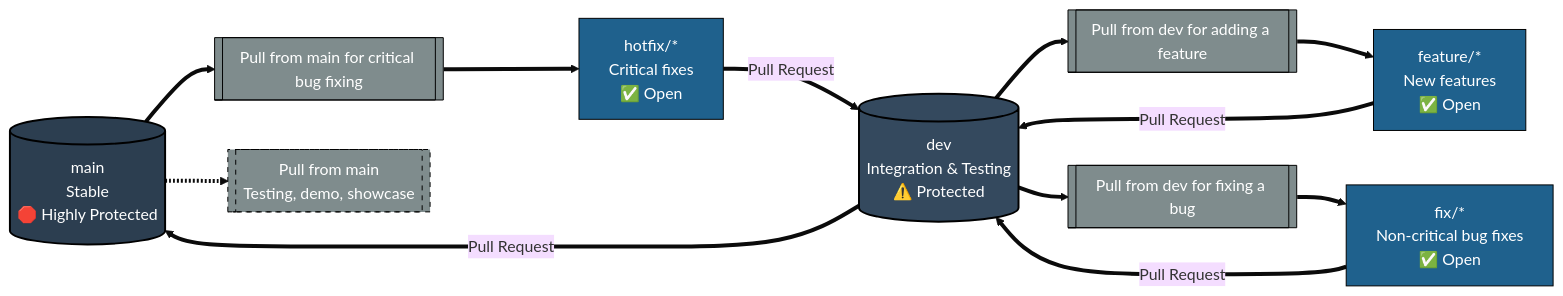
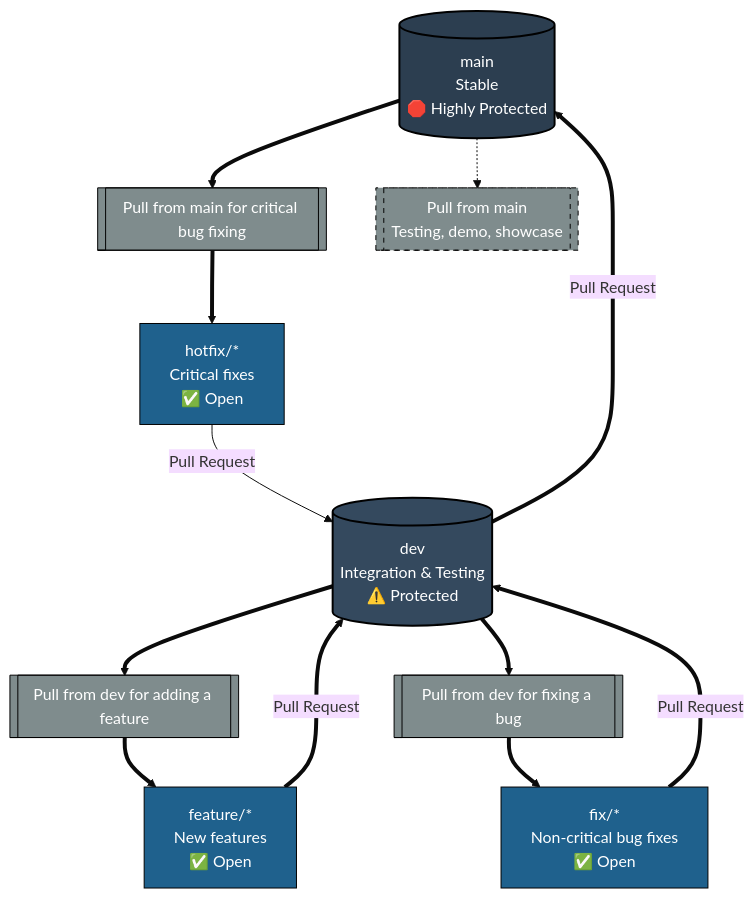
The diagram in CONTRIBUTING.md (oubes/ExamAI), drawn with Mermaid (base theme) before and after one commit.

Commit message:
Change graph direction and update link styles

````diff
--- a/CONTRIBUTING.md
+++ b/CONTRIBUTING.md
@@ -33,49 +33,49 @@
 ```mermaid
-graph LR
+graph TD
     %% Core branches
     Main[(main<br>Stable<br/>🛑 Highly Protected)]
     Dev[(dev<br>Integration & Testing<br/>⚠️ Protected)]
 
     %% Middle Blocks (The Pull Logic)
     PullDev1[[Pull from dev for adding a feature]]
     PullDev2[[Pull from dev for fixing a bug]]
     PullDevMain[[Pull from main for critical bug fixing]]
 
     %% Work branches
     Feature[feature/*<br/>New features<br/>✅ Open]
     Fix[fix/*<br/>Non-critical bug fixes<br/>✅ Open]
     Hotfix[hotfix/*<br/>Critical fixes<br/>✅ Open]
 
     %% Pull rules
     PullMain[[Pull from main<br/>Testing, demo, showcase]]
 
     %% Core flow
     Main --> PullDevMain --> Hotfix
     Dev -->|Pull Request| Main
 
     %% Development flows
     Dev --> PullDev1 --> Feature
     Feature -->|Pull Request| Dev
 
     Dev --> PullDev2 --> Fix
     Fix -->|Pull Request| Dev
 
     Hotfix -->|Pull Request| Dev
 
     %% Pull arrows positioning
     Main -.-> PullMain
 
     %% Styles for Nodes
     style Main fill:#2c3e50,stroke:#000,stroke-width:2px,color:#ffffff
     style Dev fill:#34495e,stroke:#000,stroke-width:2px,color:#ffffff
     style Feature fill:#1f618d,stroke:#000,stroke-width:1px,color:#ffffff
     style Fix fill:#1f618d,stroke:#000,stroke-width:1px,color:#ffffff
     style Hotfix fill:#1f618d,stroke:#000,stroke-width:1px,color:#ffffff
     style PullMain fill:#7f8c8d,stroke:#000,stroke-width:1px,stroke-dasharray: 5 5,color:#ffffff
     style PullDev1 fill:#7f8c8d,stroke:#000,stroke-width:1px,color:#ffffff
     style PullDev2 fill:#7f8c8d,stroke:#000,stroke-width:1px,color:#ffffff
     style PullDevMain fill:#7f8c8d,stroke:#000,stroke-width:1px,color:#ffffff
 
-    %% Link Styles (Balanced thickness at 4px)
-    linkStyle 0,1,2,3,4,5,6,7,8,9,10 stroke-width:4px;
+    %% Link Styles
+    linkStyle 0,1,2,3,4,5,6,7,8 stroke-width:4px;
 ```
````
